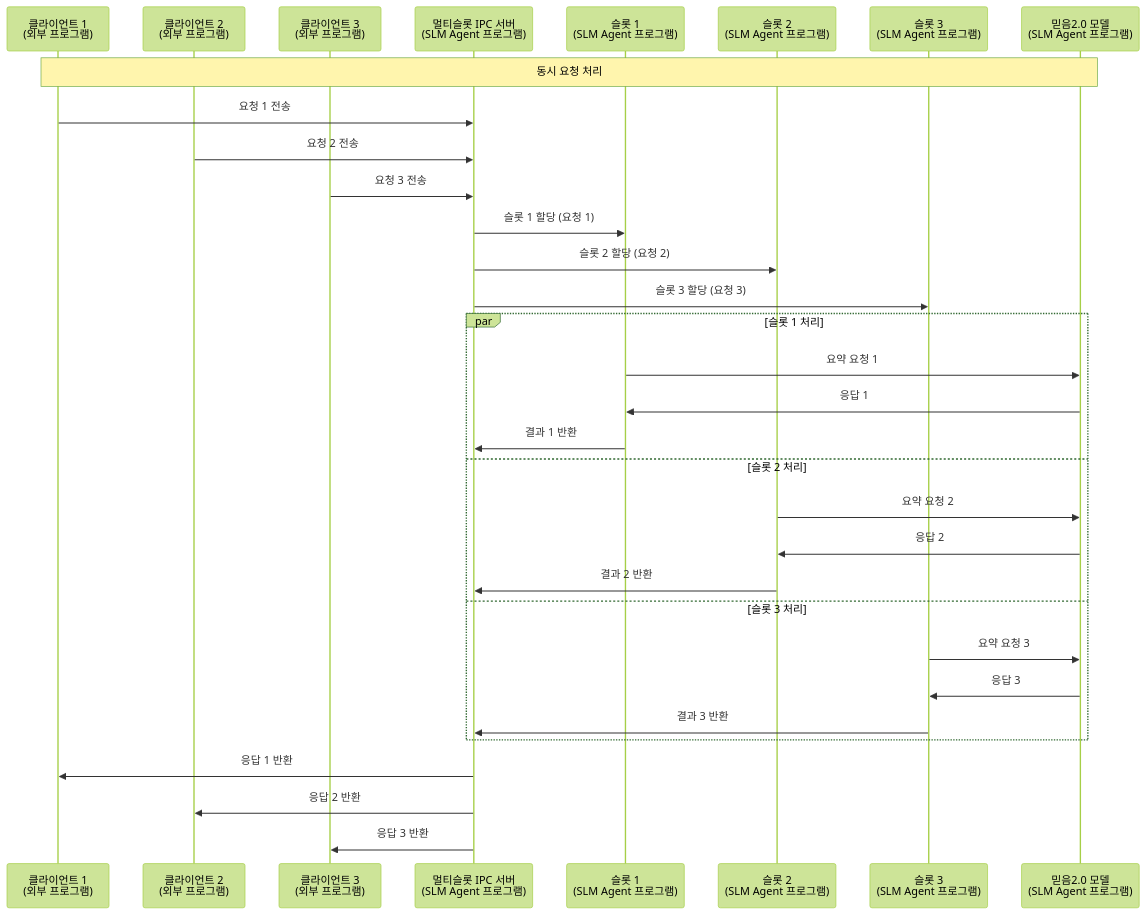
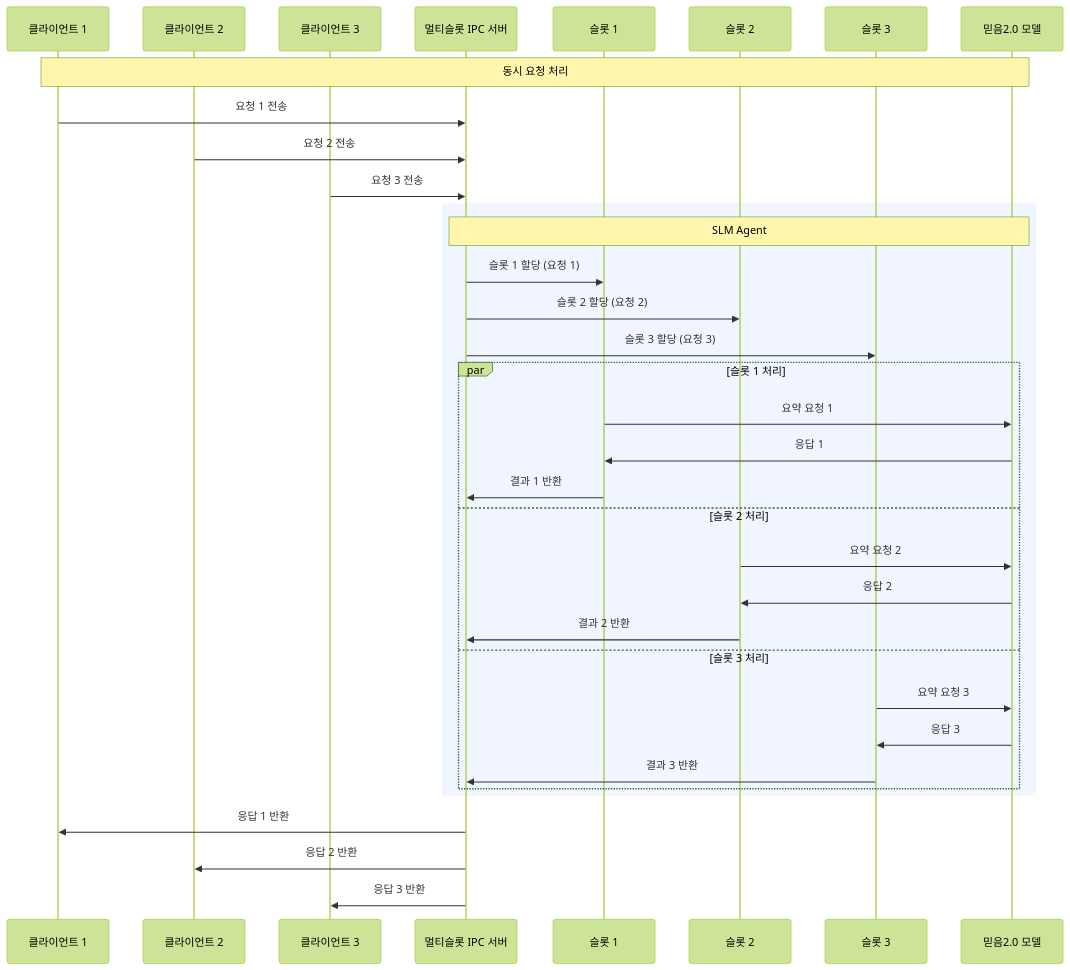
Before and after one commit to hak023/gemma-summarizer-poc: the second of 5 diagrams in sequence_diagram.md, drawn with Mermaid (forest theme). The commit also changed other lines of this file and 2 other files, not shown here.

First line of the commit message:
올바른 SLM Agent 그룹핑 적용: participant 원래 이름 + rect 구문

````diff
--- a/sequence_diagram.md
+++ b/sequence_diagram.md
@@ -66,38 +69,41 @@
 ```mermaid
 sequenceDiagram
-    participant Client1 as 클라이언트 1<br/>(외부 프로그램)
-    participant Client2 as 클라이언트 2<br/>(외부 프로그램)
-    participant Client3 as 클라이언트 3<br/>(외부 프로그램)
-    participant IPC as 멀티슬롯 IPC 서버<br/>(SLM Agent 프로그램)
-    participant Slot1 as 슬롯 1<br/>(SLM Agent 프로그램)
-    participant Slot2 as 슬롯 2<br/>(SLM Agent 프로그램)
-    participant Slot3 as 슬롯 3<br/>(SLM Agent 프로그램)
-    participant Gemma as 믿음2.0 모델<br/>(SLM Agent 프로그램)
+    participant Client1 as 클라이언트 1
+    participant Client2 as 클라이언트 2
+    participant Client3 as 클라이언트 3
+    participant IPC as 멀티슬롯 IPC 서버
+    participant Slot1 as 슬롯 1
+    participant Slot2 as 슬롯 2
+    participant Slot3 as 슬롯 3
+    participant Gemma as 믿음2.0 모델
 
     Note over Client1,Gemma: 동시 요청 처리
     Client1->>IPC: 요청 1 전송
     Client2->>IPC: 요청 2 전송
     Client3->>IPC: 요청 3 전송
     
-    IPC->>Slot1: 슬롯 1 할당 (요청 1)
-    IPC->>Slot2: 슬롯 2 할당 (요청 2)
-    IPC->>Slot3: 슬롯 3 할당 (요청 3)
-    
-    par 슬롯 1 처리
-        Slot1->>Gemma: 요약 요청 1
-        Gemma->>Slot1: 응답 1
-        Slot1->>IPC: 결과 1 반환
-    and 슬롯 2 처리
-        Slot2->>Gemma: 요약 요청 2
-        Gemma->>Slot2: 응답 2
-        Slot2->>IPC: 결과 2 반환
-    and 슬롯 3 처리
-        Slot3->>Gemma: 요약 요청 3
-        Gemma->>Slot3: 응답 3
-        Slot3->>IPC: 결과 3 반환
+    rect rgb(240, 245, 255)
+        Note over IPC,Gemma: SLM Agent
+        IPC->>Slot1: 슬롯 1 할당 (요청 1)
+        IPC->>Slot2: 슬롯 2 할당 (요청 2)
+        IPC->>Slot3: 슬롯 3 할당 (요청 3)
+        
+        par 슬롯 1 처리
+            Slot1->>Gemma: 요약 요청 1
+            Gemma->>Slot1: 응답 1
+            Slot1->>IPC: 결과 1 반환
+        and 슬롯 2 처리
+            Slot2->>Gemma: 요약 요청 2
+            Gemma->>Slot2: 응답 2
+            Slot2->>IPC: 결과 2 반환
+        and 슬롯 3 처리
+            Slot3->>Gemma: 요약 요청 3
+            Gemma->>Slot3: 응답 3
+            Slot3->>IPC: 결과 3 반환
+        end
     end
     
     IPC->>Client1: 응답 1 반환
     IPC->>Client2: 응답 2 반환
     IPC->>Client3: 응답 3 반환
 ```
````
